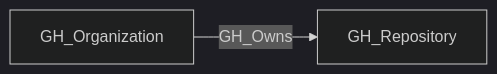
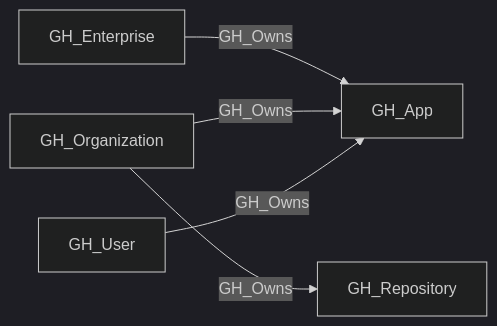
Before and after one commit to SpecterOps/openhound-github: the diagram in descriptions/edges/GH_Owns.md, drawn with Mermaid (dark theme). The commit also changed other lines of this file and 6 other files, not shown here.

````diff
--- a/descriptions/edges/GH_Owns.md
+++ b/descriptions/edges/GH_Owns.md
@@ -15,6 +18,12 @@
 ```mermaid
 graph LR
-    n0["GH_Organization"]
-    n1["GH_Repository"]
+    n0["GH_Enterprise"]
+    n1["GH_App"]
+    n2["GH_Organization"]
+    n3["GH_Repository"]
+    n4["GH_User"]
     n0 -->|GH_Owns| n1
+    n2 -->|GH_Owns| n1
+    n2 -->|GH_Owns| n3
+    n4 -->|GH_Owns| n1
 ```
````
